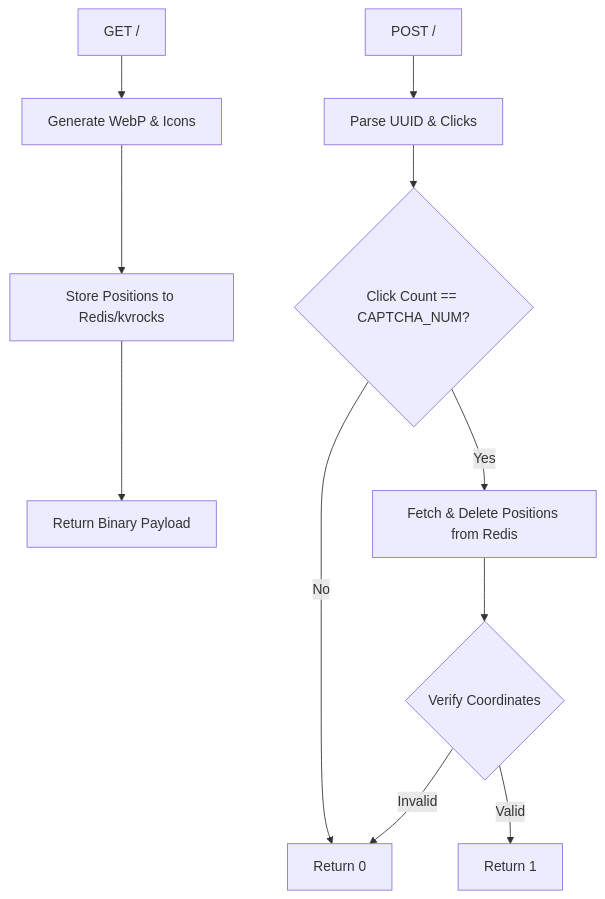
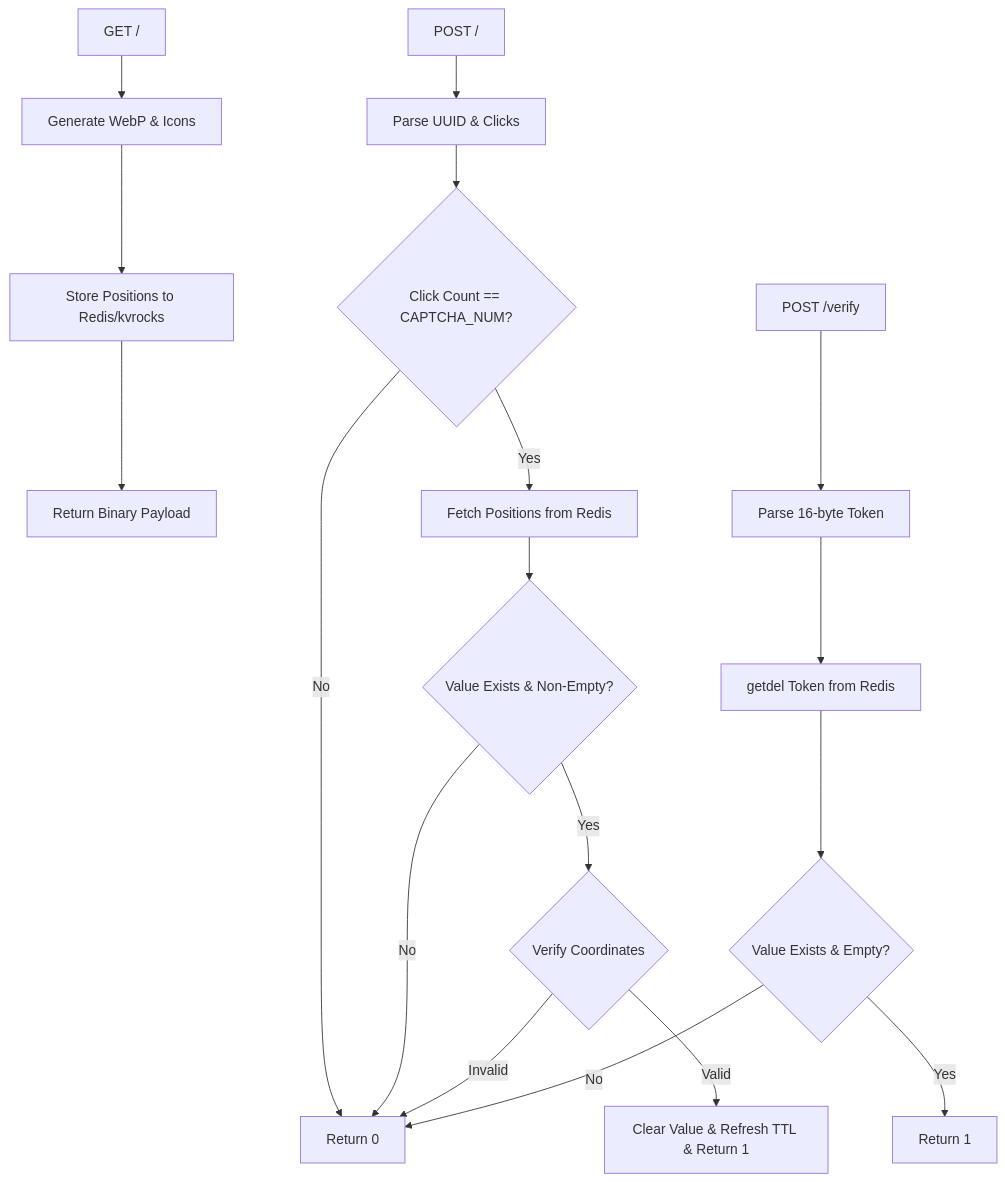
Before and after one commit to webc-site/npm: the diagram in captcha_srv/readme/en.md, drawn with Mermaid. The commit also changed other lines of this file and 7 other files, not shown here.

````diff
--- a/captcha_srv/readme/en.md
+++ b/captcha_srv/readme/en.md
@@ -71,13 +80,20 @@
 ```mermaid
 graph TD
   A[GET /] --> B[Generate WebP & Icons]
   B --> C[Store Positions to Redis/kvrocks]
   C --> D[Return Binary Payload]
   E[POST /] --> F[Parse UUID & Clicks]
   F --> G{Click Count == CAPTCHA_NUM?}
   G -- No --> H[Return 0]
-  G -- Yes --> I[Fetch & Delete Positions from Redis]
-  I --> J{Verify Coordinates}
-  J -- Valid --> K[Return 1]
-  J -- Invalid --> H
+  G -- Yes --> I[Fetch Positions from Redis]
+  I --> J{Value Exists & Non-Empty?}
+  J -- No --> H
+  J -- Yes --> K{Verify Coordinates}
+  K -- Valid --> L[Clear Value & Refresh TTL & Return 1]
+  K -- Invalid --> H
+  M[POST /verify] --> N[Parse 16-byte Token]
+  N --> O[getdel Token from Redis]
+  O --> P{Value Exists & Empty?}
+  P -- Yes --> Q[Return 1]
+  P -- No --> H
 ```
````
